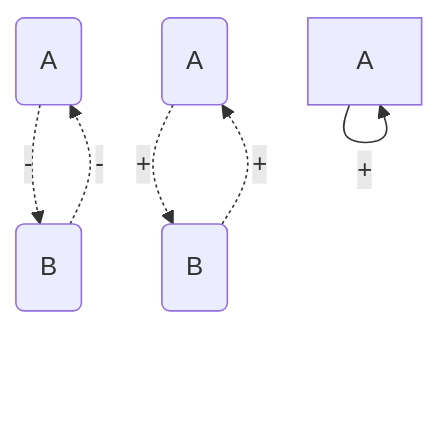
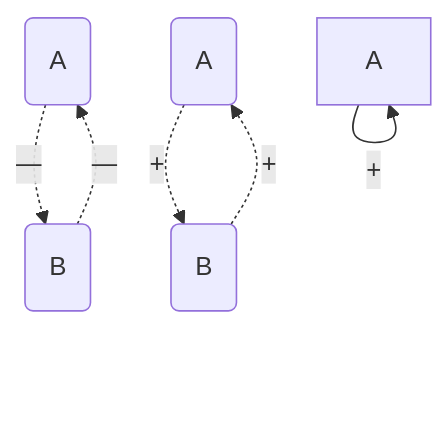
One commit to yatharthb97/yatharthb97.github.io changed the second of 2 diagrams in content/classnotes/week7.md. Above: the diagram before and after it, drawn with Mermaid. The commit also changed other lines of this file and 4 other files, not shown here.

````diff
--- a/content/classnotes/week7.md
+++ b/content/classnotes/week7.md
@@ -165,10 +167,10 @@
 ```mermaid
 flowchart TD
 	A --"+"--> A
 	
-	2A(A) -."-".->2B(B)
-	2B -."-".-> 2A
+	2A(A) -."—".->2B(B)
+	2B -."—".-> 2A
 	
 	3A(A) -."+".->3B(B)
 	3B -."+".-> 3A
 ```
````
